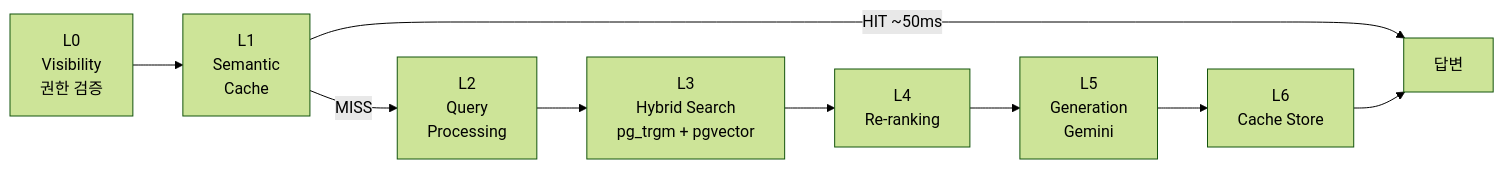
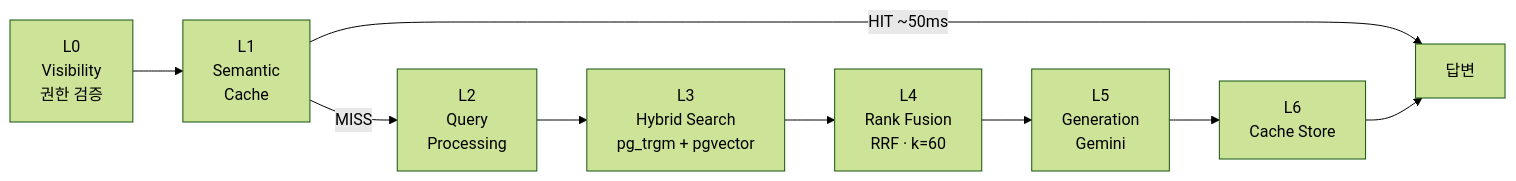
Before and after one commit to woosung-dev/kairos: the second of 2 diagrams in README.md, drawn with Mermaid (forest theme). The commit also changed other lines of this file and 3 other files, not shown here.

First line of the commit message:
docs: align architecture guides with runtime behavior

````diff
--- a/README.md
+++ b/README.md
@@ -136,11 +136,11 @@
 ```mermaid
 flowchart LR
   L0["L0<br/>Visibility<br/>권한 검증"] --> L1["L1<br/>Semantic<br/>Cache"]
   L1 -->|HIT ~50ms| OUT["답변"]
   L1 -->|MISS| L2["L2<br/>Query<br/>Processing"]
   L2 --> L3["L3<br/>Hybrid Search<br/>pg_trgm + pgvector"]
-  L3 --> L4["L4<br/>Re-ranking"]
+  L3 --> L4["L4<br/>Rank Fusion<br/>RRF · k=60"]
   L4 --> L5["L5<br/>Generation<br/>Gemini"]
   L5 --> L6["L6<br/>Cache Store"]
   L6 --> OUT
 ```
````
